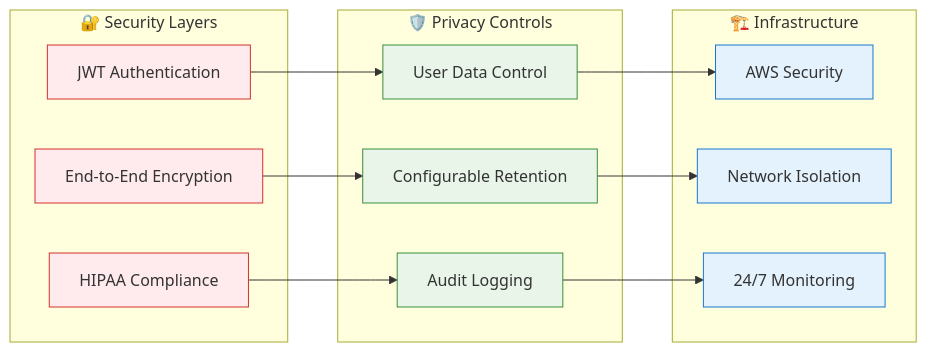
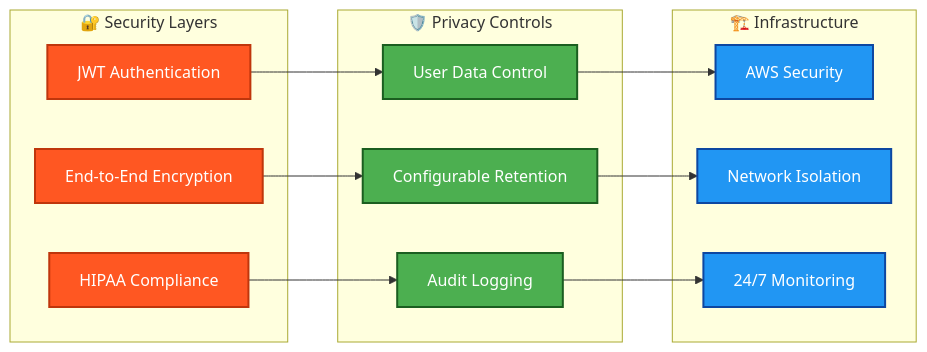
Before and after one commit to Clairty-Digital-Twin/clarity-loop-backend: the eighth of 9 diagrams in docs/README.md, drawn with Mermaid.

Commit message:
fix: Update README class definitions for improved visual consistency
- Revised class definitions in the README diagrams to enhance visual representation and align with the platform's branding.
- Updated color schemes for better readability and semantic structure, reinforcing clarity in documentation.

````diff
--- a/docs/README.md
+++ b/docs/README.md
@@ -290,36 +290,36 @@
 ```mermaid
 flowchart LR
     subgraph Security ["🔐 Security Layers"]
         Auth[JWT Authentication]
         Encrypt[End-to-End Encryption]
         HIPAA[HIPAA Compliance]
     end
     
     subgraph Privacy ["🛡️ Privacy Controls"]
         Control[User Data Control]
         Retention[Configurable Retention]
         Audit[Audit Logging]
     end
     
     subgraph Infrastructure ["🏗️ Infrastructure"]
         AWS[AWS Security]
         Network[Network Isolation]
         Monitor[24/7 Monitoring]
     end
     
     Auth --> Control
     Encrypt --> Retention
     HIPAA --> Audit
     
     Control --> AWS
     Retention --> Network
     Audit --> Monitor
     
-    classDef security fill:#ffebee,stroke:#d32f2f
-    classDef privacy fill:#e8f5e8,stroke:#388e3c
-    classDef infra fill:#e3f2fd,stroke:#1976d2
+    classDef security fill:#ff5722,stroke:#bf360c,stroke-width:2px,color:white
+    classDef privacy fill:#4caf50,stroke:#1b5e20,stroke-width:2px,color:white
+    classDef infra fill:#2196f3,stroke:#0d47a1,stroke-width:2px,color:white
     
     class Auth,Encrypt,HIPAA security
     class Control,Retention,Audit privacy
     class AWS,Network,Monitor infra
 ```
````
